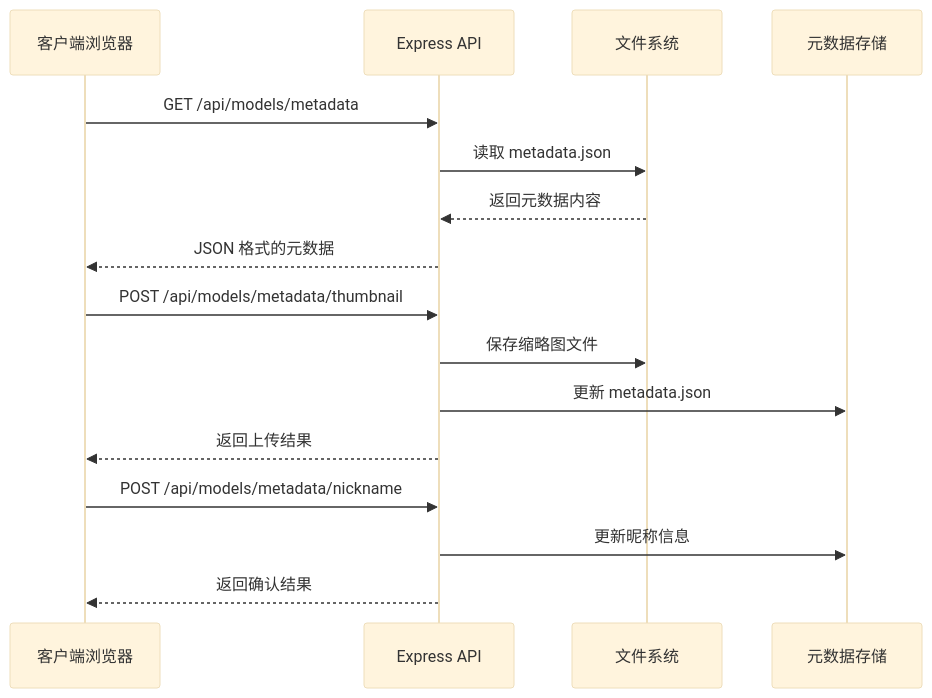
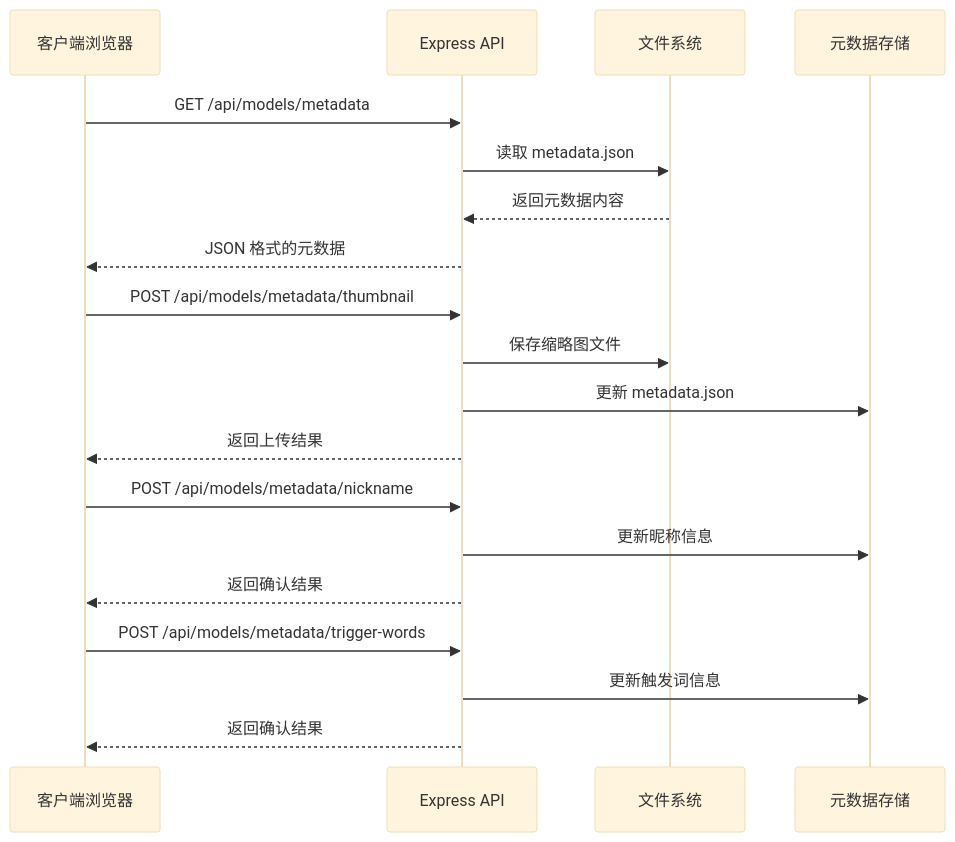
One commit to billye220670/CorineKit_Pix2Real changed the second of 10 diagrams in .qoder/repowiki/zh/content/前端应用/模型元数据管理.md. Above: the diagram before and after it, drawn with Mermaid (base theme). The commit also changed other lines of this file and 43 other files, not shown here.

````diff
--- a/.qoder/repowiki/zh/content/前端应用/模型元数据管理.md
+++ b/.qoder/repowiki/zh/content/前端应用/模型元数据管理.md
@@ -92,18 +112,21 @@
 ```mermaid
 sequenceDiagram
 participant Client as 客户端浏览器
 participant API as Express API
 participant FS as 文件系统
 participant Meta as 元数据存储
 Client->>API : GET /api/models/metadata
 API->>FS : 读取 metadata.json
 FS-->>API : 返回元数据内容
 API-->>Client : JSON 格式的元数据
 Client->>API : POST /api/models/metadata/thumbnail
 API->>FS : 保存缩略图文件
 API->>Meta : 更新 metadata.json
 API-->>Client : 返回上传结果
 Client->>API : POST /api/models/metadata/nickname
 API->>Meta : 更新昵称信息
 API-->>Client : 返回确认结果
+Client->>API : POST /api/models/metadata/trigger-words
+API->>Meta : 更新触发词信息
+API-->>Client : 返回确认结果
 ```
````
